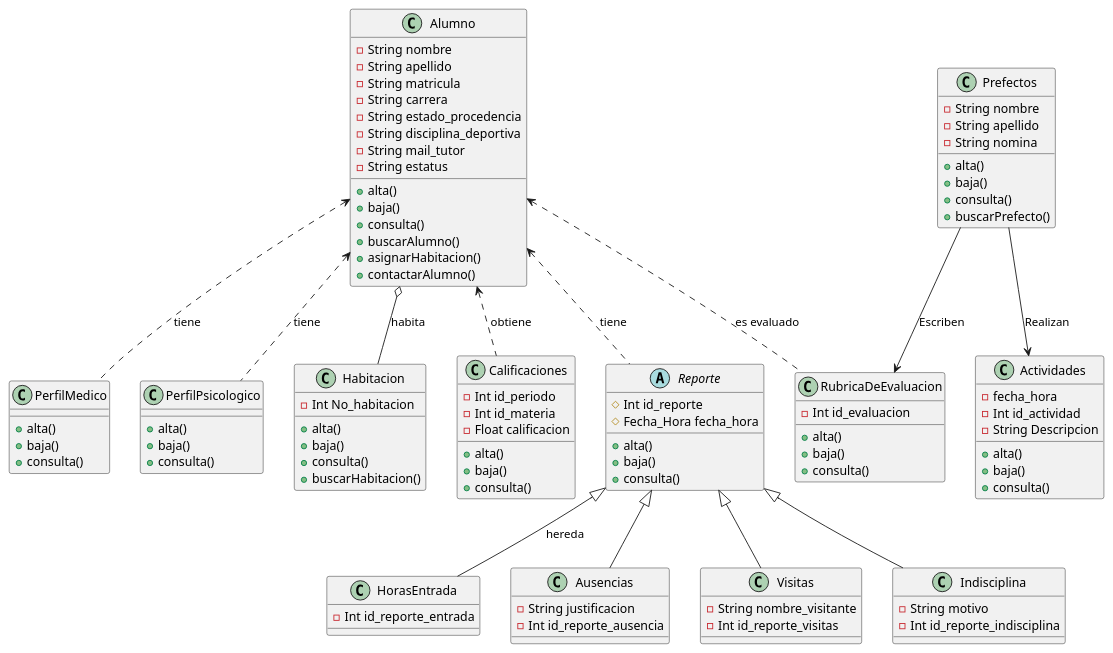
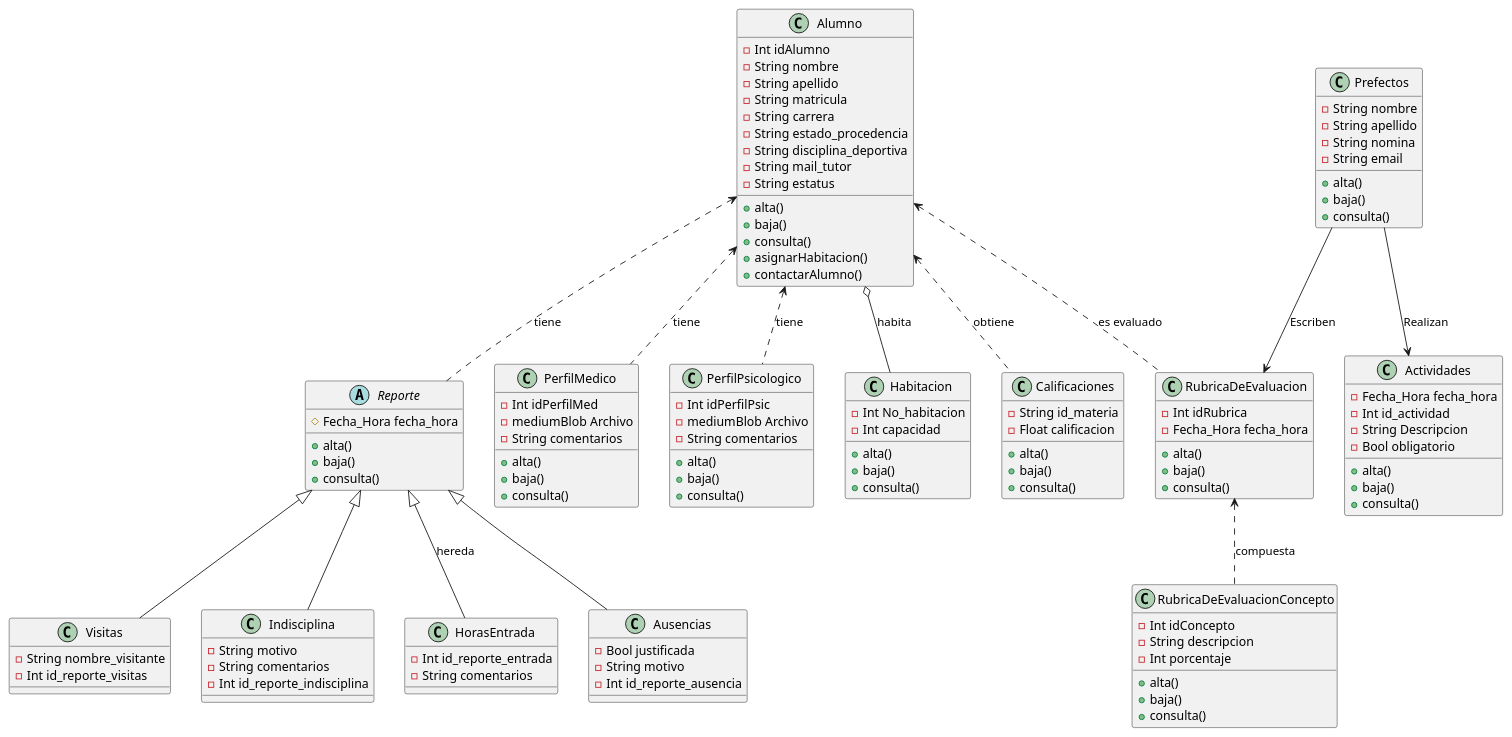
One commit to axgtz/AyM-de-Sistemas-de-Software changed the diagram in Proyecto/diagramaClases.puml. Above: the diagram before and after it, drawn with PlantUML.

Commit message:
update diagrama de clases

```diff
--- a/Proyecto/diagramaClases.puml
+++ b/Proyecto/diagramaClases.puml
@@ -1,124 +1,144 @@
 @startuml
   class Alumno{
+    - Int idAlumno
     - String nombre
     - String apellido
     - String matricula
     - String carrera
     - String estado_procedencia
     - String disciplina_deportiva
     - String mail_tutor
     - String estatus
     + alta()
     + baja()
     + consulta()
-    + buscarAlumno()
     + asignarHabitacion()
     + contactarAlumno()
   }
 
   class Habitacion{
     - Int No_habitacion
+    - Int capacidad
     + alta()
     + baja()
     + consulta()
-    + buscarHabitacion()
   }
 
   class Calificaciones{
-    - Int id_periodo
-    - Int id_materia
+    - String id_materia
     - Float calificacion
     + alta()
     + baja()
     + consulta()
   }
 
   class PerfilMedico{
+    - Int idPerfilMed
+    - mediumBlob Archivo
+    - String comentarios
     + alta()
     + baja()
     + consulta()
   }
 
   class PerfilPsicologico{
+    - Int idPerfilPsic
+    - mediumBlob Archivo
+    - String comentarios
     + alta()
     + baja()
     + consulta()
   }
 
   class RubricaDeEvaluacion{
-    - Int id_evaluacion
+    - Int idRubrica
+    - Fecha_Hora fecha_hora
+    + alta()
+    + baja()
+    + consulta()
+  }
+
+  class RubricaDeEvaluacionConcepto{
+    - Int idConcepto
+    - String descripcion
+    - Int porcentaje
     + alta()
     + baja()
     + consulta()
   }
 
   class Prefectos{
     - String nombre
     - String apellido
     - String nomina
+    - String email
     + alta()
     + baja()
     + consulta()
-    + buscarPrefecto()
   }
 
   class Actividades{
-    - fecha_hora
+    - Fecha_Hora fecha_hora
     - Int id_actividad
     - String Descripcion
+    - Bool obligatorio
     + alta()
     + baja()
     + consulta()
   }
 
   abstract class Reporte{
-    # Int id_reporte
     # Fecha_Hora fecha_hora
     + alta()
     + baja()
     + consulta()
   }
 
   class HorasEntrada{
     - Int id_reporte_entrada
+    - String comentarios
   }
 
   class Ausencias{
-    - String justificacion
+    - Bool justificada
+    - String motivo
     - Int id_reporte_ausencia
   }
 
   class Visitas{
     - String nombre_visitante
     - Int id_reporte_visitas
   }
 
   class Indisciplina{
     - String motivo
+    - String comentarios
     - Int id_reporte_indisciplina
   }
 
   Alumno <.. Calificaciones : obtiene
 
   Alumno <.. Reporte : tiene
 
   Reporte <|--  Visitas
 
   Reporte <|--  Ausencias
 
   Reporte <|--  Indisciplina
 
   Reporte <|--  HorasEntrada : hereda
 
   Alumno <.. PerfilPsicologico : tiene
 
   Alumno <.. PerfilMedico : tiene
 
   Alumno o-- Habitacion : habita
 
   Alumno <.. RubricaDeEvaluacion : es evaluado
 
   Prefectos -->  RubricaDeEvaluacion : Escriben
 
   Prefectos -->  Actividades : Realizan
+
+  RubricaDeEvaluacion <.. RubricaDeEvaluacionConcepto : compuesta
 @enduml
```
